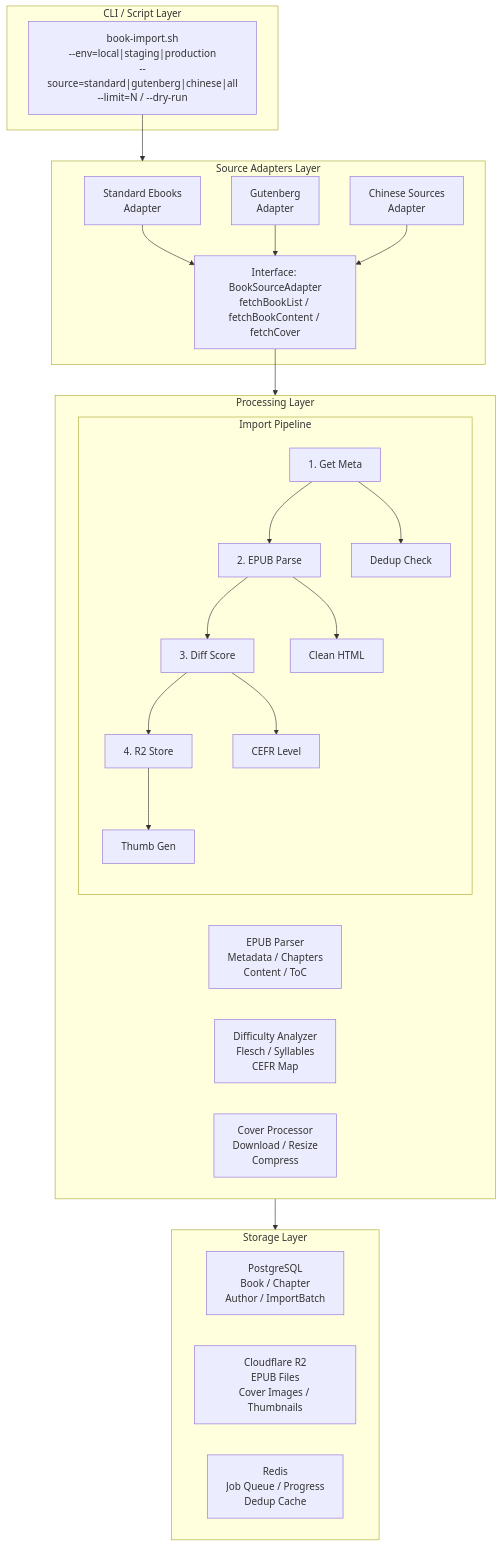
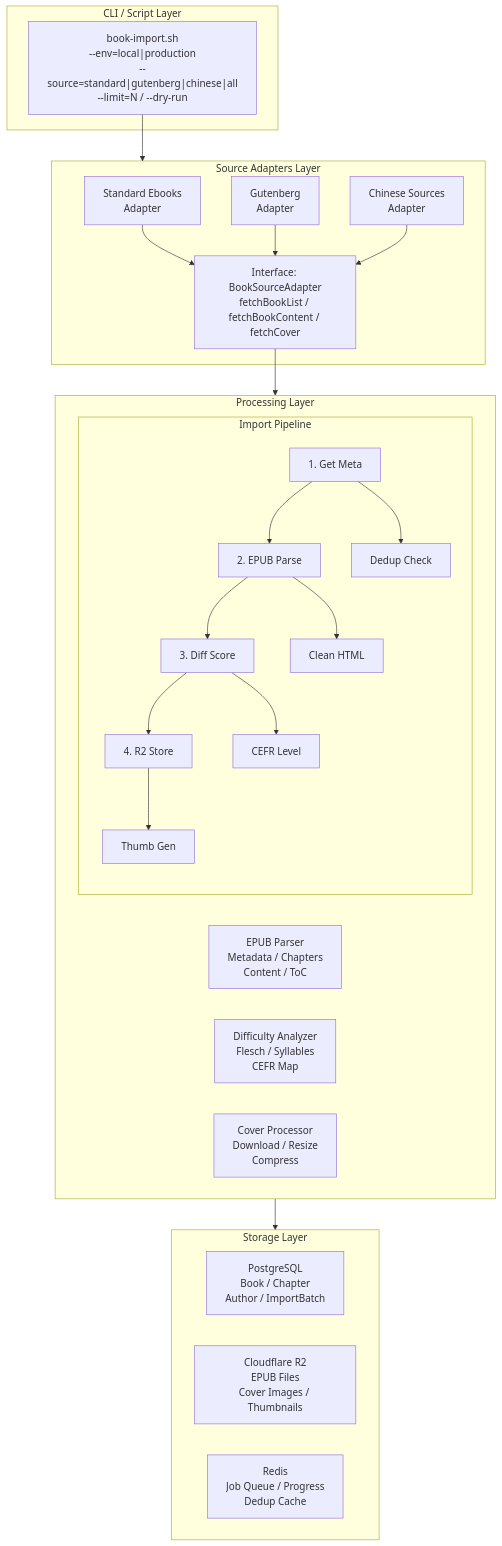
One commit to readmigo/docs changed the second of 5 diagrams in 10-pipeline/book-import-system.md. Above: the diagram before and after it, drawn with Mermaid. The commit also changed other lines of this file and 27 other files, not shown here.

First line of the commit message:
audit: remove code snippets, update to 2-env architecture across operations and pipeline docs

````diff
--- a/10-pipeline/book-import-system.md
+++ b/10-pipeline/book-import-system.md
@@ -68,41 +69,41 @@
 ```mermaid
 flowchart TD
     subgraph CLI["CLI / Script Layer"]
-        SH["book-import.sh<br>--env=local|staging|production<br>--source=standard|gutenberg|chinese|all<br>--limit=N / --dry-run"]
+        SH["book-import.sh<br>--env=local|production<br>--source=standard|gutenberg|chinese|all<br>--limit=N / --dry-run"]
     end
 
     SH --> SAL
 
     subgraph SAL["Source Adapters Layer"]
         SEA["Standard Ebooks<br>Adapter"]
         GA["Gutenberg<br>Adapter"]
         CSA["Chinese Sources<br>Adapter"]
         BSI["Interface: BookSourceAdapter<br>fetchBookList / fetchBookContent / fetchCover"]
         SEA --> BSI
         GA --> BSI
         CSA --> BSI
     end
 
     BSI --> PL
 
     subgraph PL["Processing Layer"]
         subgraph IP["Import Pipeline"]
             GM["1. Get Meta"] --> EP2["2. EPUB Parse"] --> DS["3. Diff Score"] --> R2S["4. R2 Store"]
             GM --> DC["Dedup Check"]
             EP2 --> CH["Clean HTML"]
             DS --> CL["CEFR Level"]
             R2S --> TG["Thumb Gen"]
         end
         EPP["EPUB Parser<br>Metadata / Chapters<br>Content / ToC"]
         DAN["Difficulty Analyzer<br>Flesch / Syllables<br>CEFR Map"]
         CVP["Cover Processor<br>Download / Resize<br>Compress"]
     end
 
     PL --> SL
 
     subgraph SL["Storage Layer"]
         PGS["PostgreSQL<br>Book / Chapter<br>Author / ImportBatch"]
         CFR["Cloudflare R2<br>EPUB Files<br>Cover Images / Thumbnails"]
         RED["Redis<br>Job Queue / Progress<br>Dedup Cache"]
     end
 ```
````
